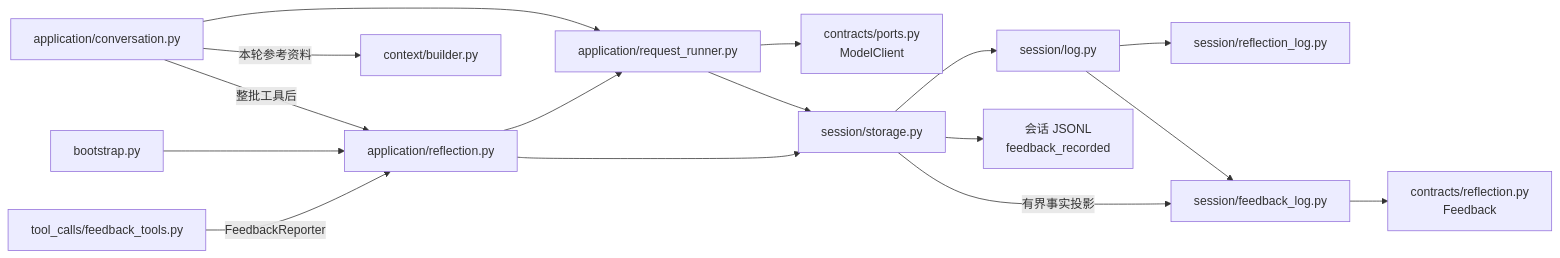
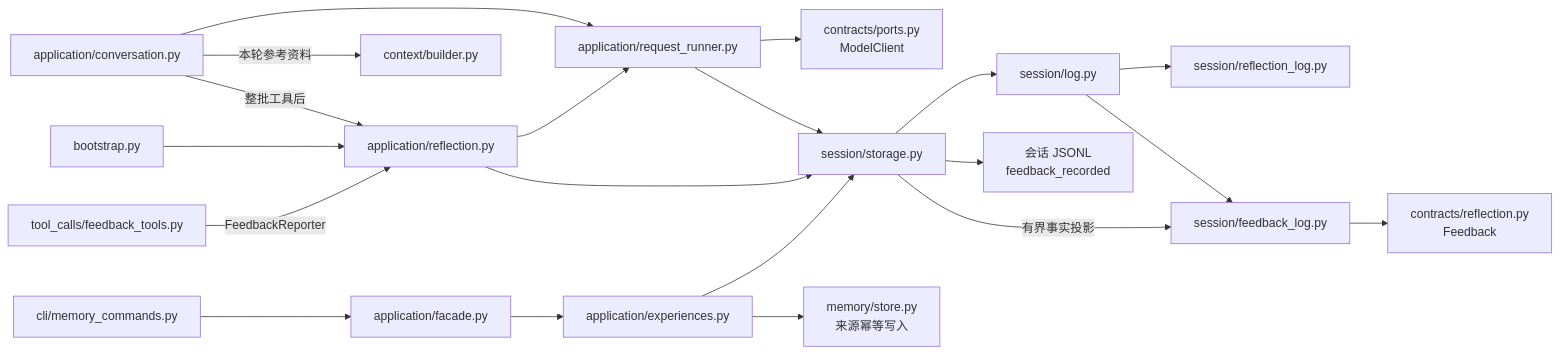
Before and after one commit to Plvltra/AdamAgent: the third of 8 diagrams in docs/architecture.md, drawn with Mermaid. The commit also changed other lines of this file and 16 other files, not shown here.

```diff
--- a/docs/architecture.md
+++ b/docs/architecture.md
@@ -70,18 +70,22 @@
 ~~~mermaid
 flowchart LR
     CONV["application/conversation.py"] --> RUNNER["application/request_runner.py"]
     CONV -->|整批工具后| SERVICE["application/reflection.py"]
     BOOT["bootstrap.py"] --> SERVICE
     TOOL["tool_calls/feedback_tools.py"] -->|FeedbackReporter| SERVICE
     CONV -->|本轮参考资料| BUILDER["context/builder.py"]
     SERVICE --> RUNNER
     RUNNER --> PORT["contracts/ports.py<br/>ModelClient"]
     RUNNER --> STORE["session/storage.py"]
     SERVICE --> STORE
+    CLI["cli/memory_commands.py"] --> APP["application/facade.py"]
+    APP --> EXP["application/experiences.py"]
+    EXP --> STORE
+    EXP --> MEMORY["memory/store.py<br/>来源幂等写入"]
     STORE --> LOG["session/log.py"]
     LOG --> REFLECT["session/reflection_log.py"]
     LOG --> FEEDBACK["session/feedback_log.py"]
     FEEDBACK --> CONTRACT["contracts/reflection.py<br/>Feedback"]
     STORE -->|有界事实投影| FEEDBACK
     STORE --> JSONL["会话 JSONL<br/>feedback_recorded"]
 ~~~
```
